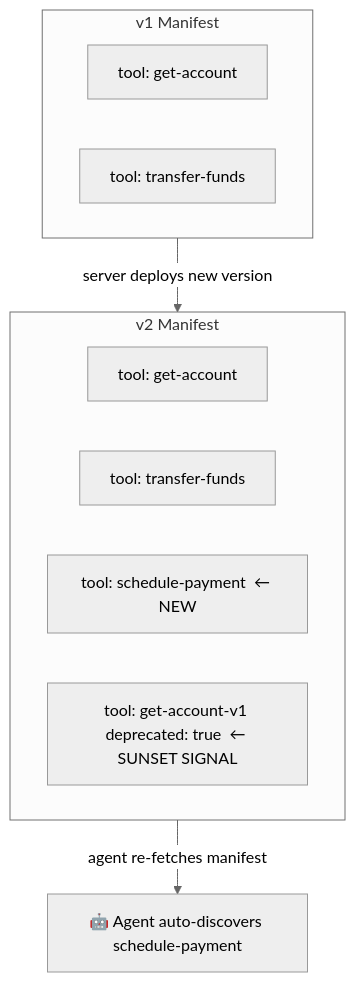
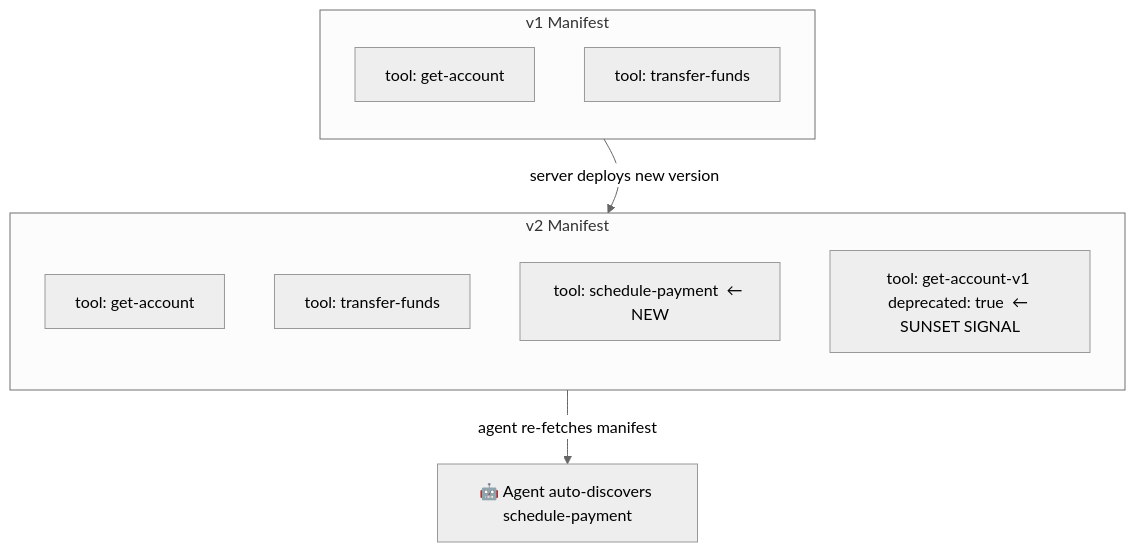
One commit to romangurevitch/GoTraining changed the sixth of 8 diagrams in internal/fundamentals/the-agentic-future/03-tool-discovery.md. Above: the diagram before and after it, drawn with Mermaid (neutral theme). The commit also changed other lines of this file and 20 other files, not shown here.

````diff
--- a/internal/fundamentals/the-agentic-future/03-tool-discovery.md
+++ b/internal/fundamentals/the-agentic-future/03-tool-discovery.md
@@ -126,17 +125,21 @@
 ```mermaid
-graph TB
+graph TD
     subgraph V1["v1 Manifest"]
+        direction TB
         V1T1["tool: get-account"]
         V1T2["tool: transfer-funds"]
     end
 
+    V1 ~~~ V2
+
     subgraph V2["v2 Manifest"]
+        direction TB
         V2T1["tool: get-account"]
         V2T2["tool: transfer-funds"]
         V2T3["tool: schedule-payment  ← NEW"]
         V2T4["tool: get-account-v1 deprecated: true  ← SUNSET SIGNAL"]
     end
 
     V1 -->|"server deploys new version"| V2
     V2 -->|"agent re-fetches manifest"| Agent["🤖 Agent auto-discovers schedule-payment"]
 ```
````
